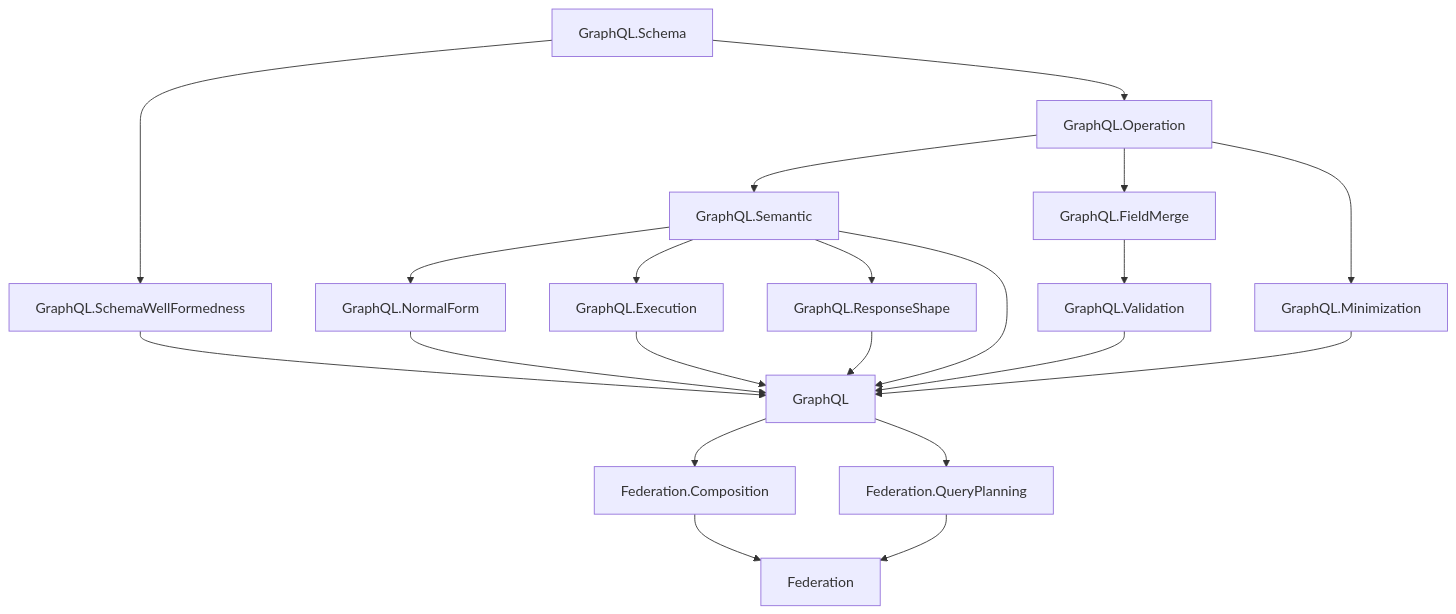
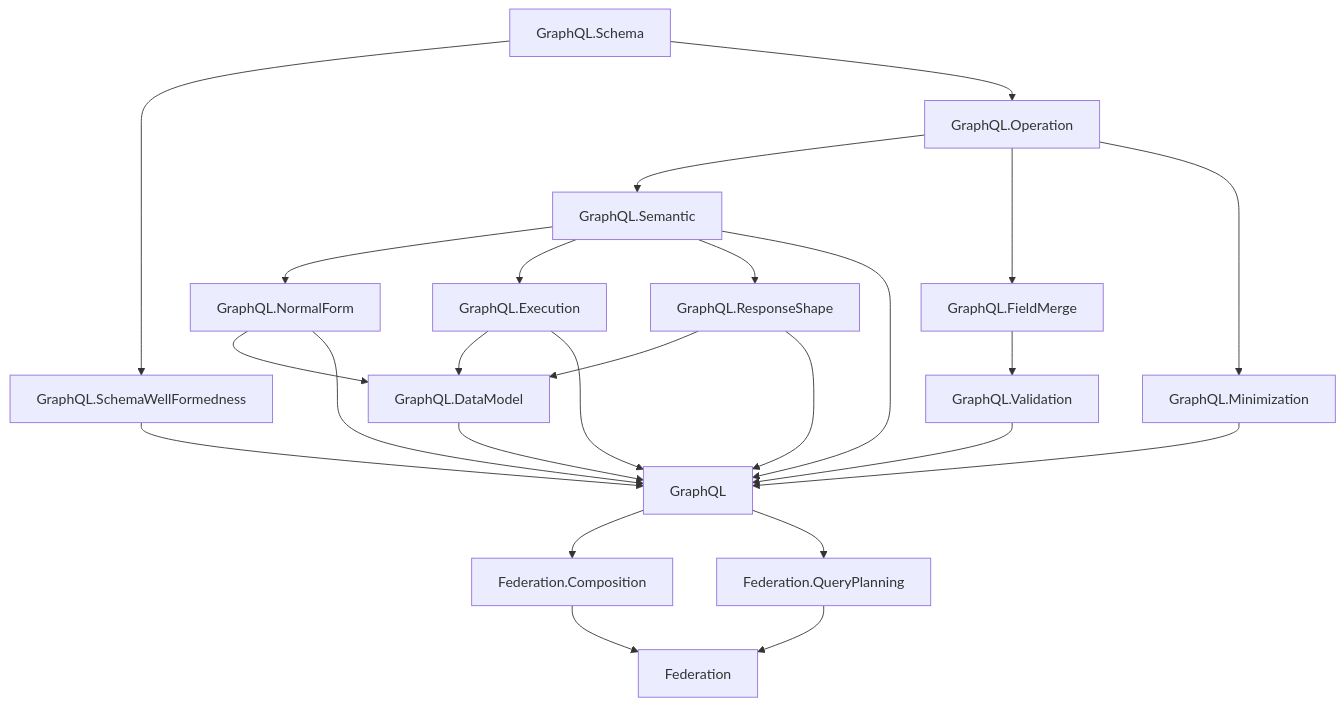
Before and after one commit to duckki/GraphQL.lean: the diagram in docs/overview.md, drawn with Mermaid. The commit also changed other lines of this file and 6 other files, not shown here.

Commit message:
Add scoped GraphQL data model plan

````diff
--- a/docs/overview.md
+++ b/docs/overview.md
@@ -11,41 +11,46 @@
 ```mermaid
 flowchart TD
   Schema["GraphQL.Schema"]
   SchemaWF["GraphQL.SchemaWellFormedness"]
   Operation["GraphQL.Operation"]
   Semantic["GraphQL.Semantic"]
   FieldMerge["GraphQL.FieldMerge"]
   Validation["GraphQL.Validation"]
   NormalForm["GraphQL.NormalForm"]
   ResponseShape["GraphQL.ResponseShape"]
   Execution["GraphQL.Execution"]
+  DataModel["GraphQL.DataModel"]
   Minimization["GraphQL.Minimization"]
   GraphQLRoot["GraphQL"]
 
   FederationComposition["Federation.Composition"]
   FederationQueryPlanning["Federation.QueryPlanning"]
   FederationRoot["Federation"]
 
   Schema --> SchemaWF
   Schema --> Operation
   Operation --> Semantic
   Operation --> FieldMerge
   FieldMerge --> Validation
   Semantic --> NormalForm
   Semantic --> Execution
   Semantic --> ResponseShape
+  Execution --> DataModel
+  NormalForm --> DataModel
+  ResponseShape --> DataModel
   Operation --> Minimization
 
   SchemaWF --> GraphQLRoot
   Semantic --> GraphQLRoot
   Validation --> GraphQLRoot
   NormalForm --> GraphQLRoot
   ResponseShape --> GraphQLRoot
   Execution --> GraphQLRoot
+  DataModel --> GraphQLRoot
   Minimization --> GraphQLRoot
 
   GraphQLRoot --> FederationComposition
   GraphQLRoot --> FederationQueryPlanning
   FederationComposition --> FederationRoot
   FederationQueryPlanning --> FederationRoot
 ```
````
